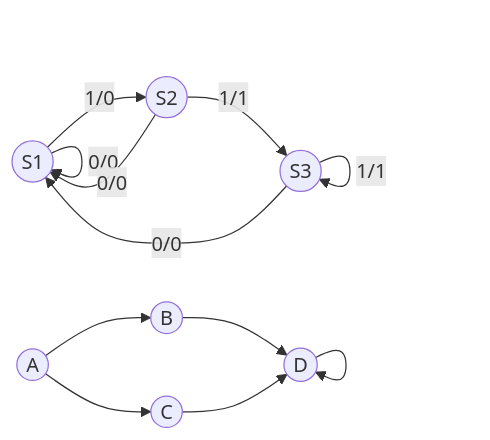
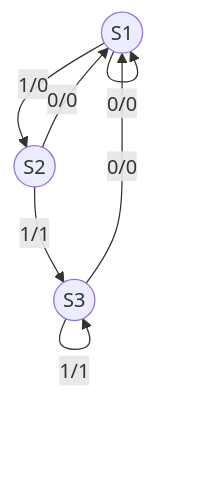
The diagram in S06/02state.md (h81493/SecurityProgramming), drawn with Mermaid before and after one commit. The commit also changed other lines of this file and 2 other files, not shown here.

Commit message:
fix 02state and 04struct

````diff
--- a/S06/02state.md
+++ b/S06/02state.md
@@ -9,16 +1,9 @@
 ```mermaid
-graph LR;
+graph TD;
   S1((S1))-->|0/0|S1((S1));
   S1((S1))-->|1/0|S2((S2));
   S2((S2))-->|0/0|S1((S1));
   S2((S2))-->|1/1|S3((S3));
   S3((S3))-->|1/1|S3((S3));
   S3((S3))-->|0/0|S1((S1));
-  
-
-  A((A))-->B((B));
-  A((A))-->C((C));
-  B((B))-->D((D));
-  C((C))-->D((D));
-  D((D))-->D((D));
 ```
````
